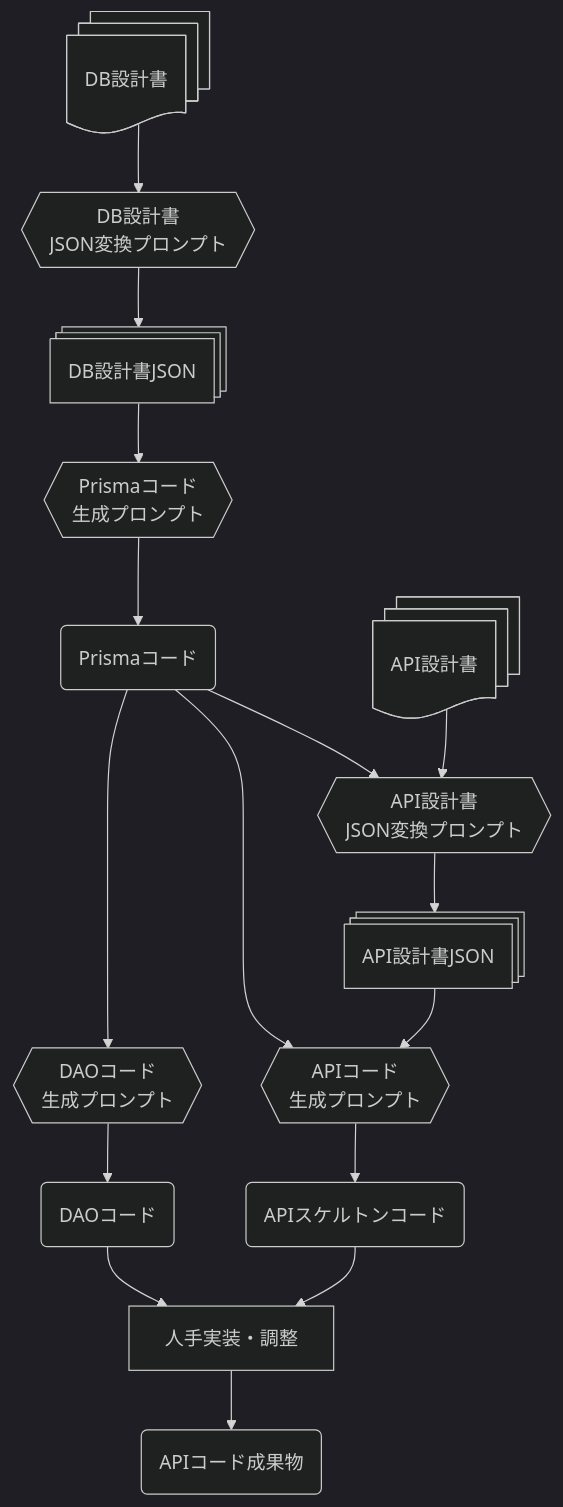
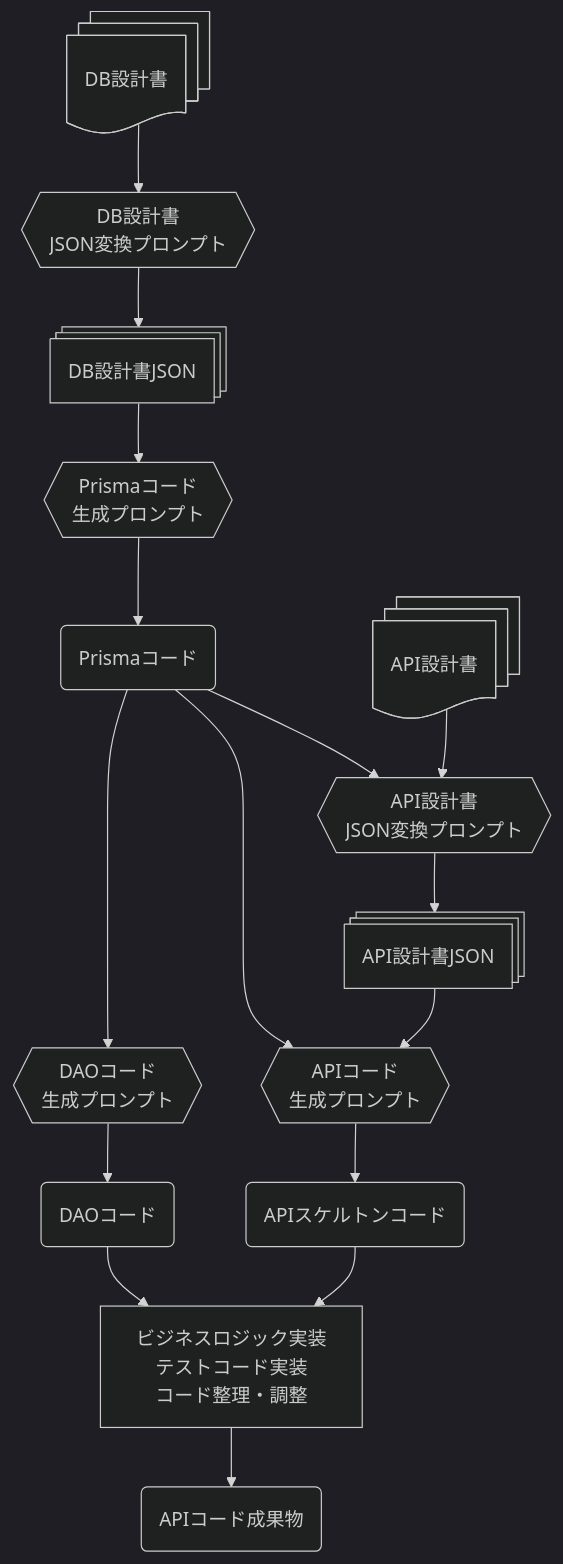
The diagram in README.md (ryo-ichikawa-0308/scms-api), drawn with Mermaid (dark theme) before and after one commit. The commit also changed other lines of this file and 1 other file, not shown here.

````diff
--- a/README.md
+++ b/README.md
@@ -22,18 +20,18 @@
 ```mermaid
 graph TD
     DB_DOC@{ shape: docs, label: "DB設計書" } --> DB-JSON_PROMPT{{DB設計書<BR>JSON変換プロンプト}}
     DB-JSON_PROMPT --> DB_JSON@{ shape: processes, label: "DB設計書JSON" }
     DB_JSON --> PRISMA_PROMPT{{Prismaコード<br>生成プロンプト}}
     PRISMA_PROMPT --> PRISMA(Prismaコード)
     PRISMA --> DAO_PROMPT{{DAOコード<br>生成プロンプト}}
     DAO_PROMPT --> DAO(DAOコード)
     PRISMA --> API-JSON_PROMPT{{API設計書<BR>JSON変換プロンプト}}
     API_DOC@{ shape: docs, label: "API設計書" } --> API-JSON_PROMPT
     API-JSON_PROMPT --> API_JSON@{ shape: processes, label: "API設計書JSON" }
     PRISMA --> API_PROMPT{{APIコード<br>生成プロンプト}}
     API_JSON --> API_PROMPT
     API_PROMPT --> API_SKELTON(APIスケルトンコード)
-    DAO --> PROGRAMER[人手実装・調整]
+    DAO --> PROGRAMER[ビジネスロジック実装<br>テストコード実装<br>コード整理・調整]
     API_SKELTON --> PROGRAMER
     PROGRAMER --> API(APIコード成果物)
 ```
````
